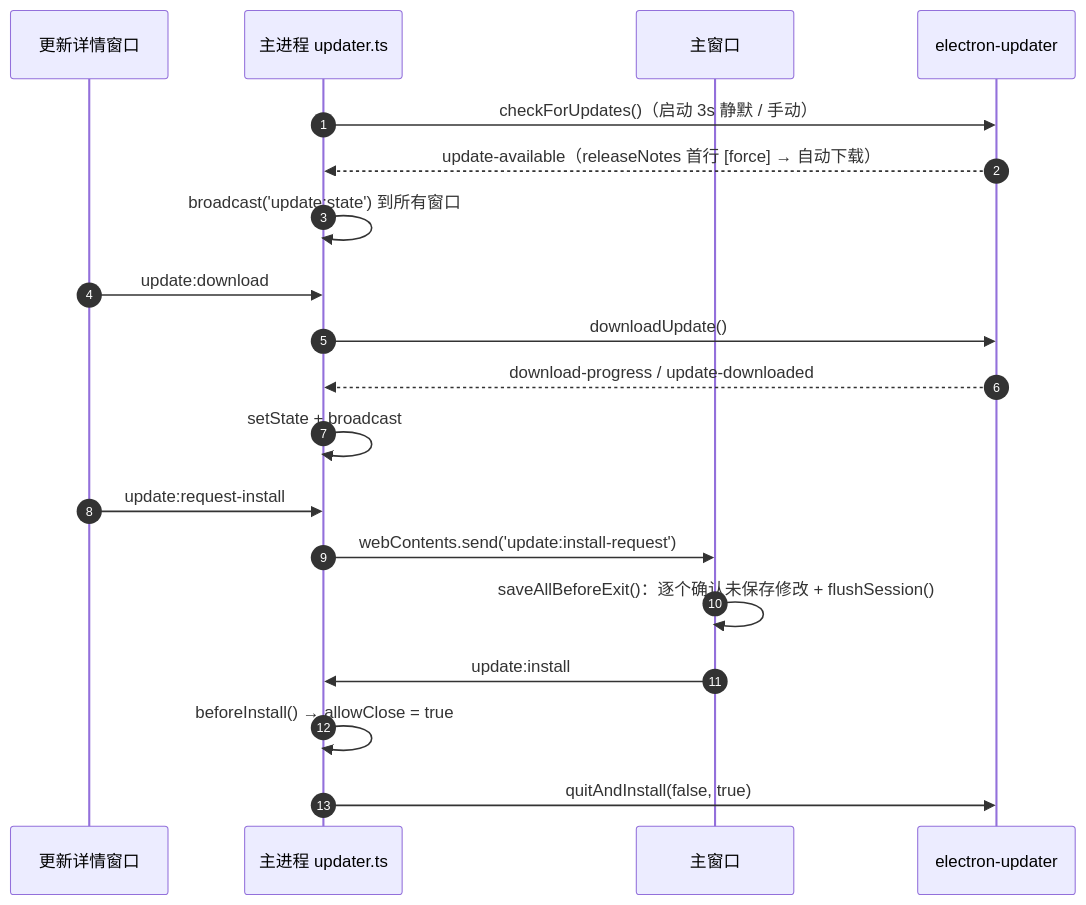
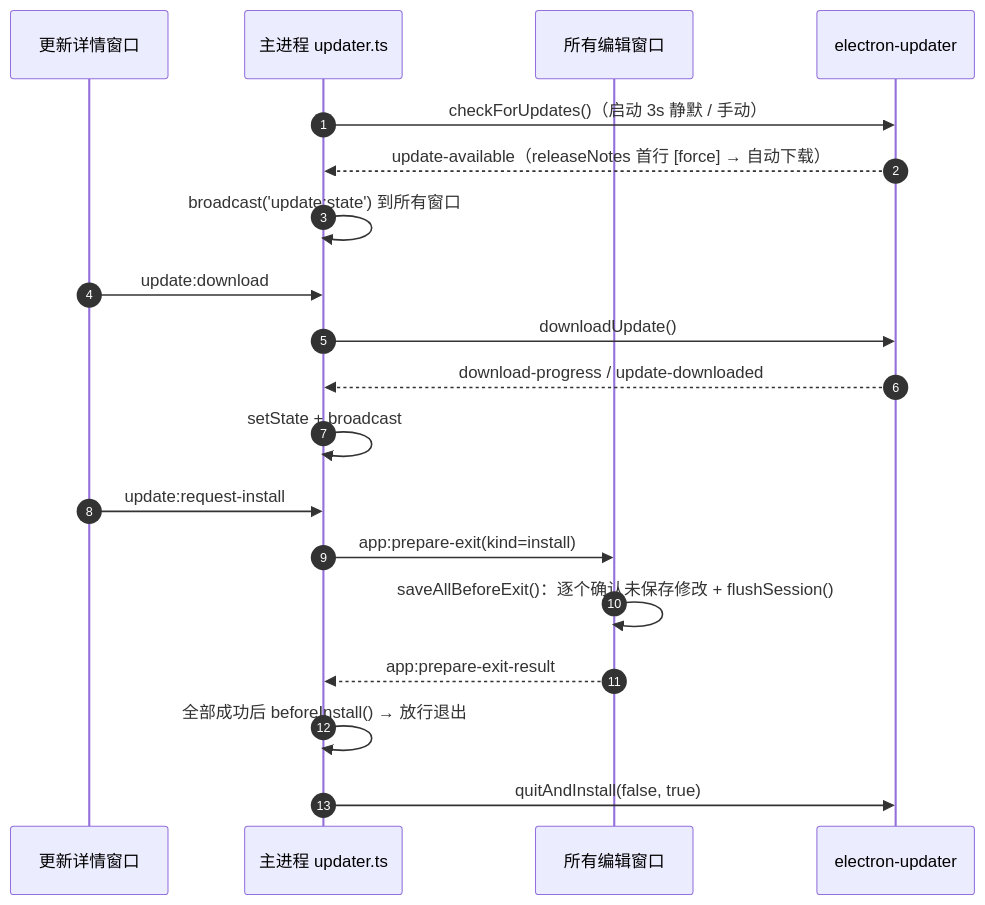
Before and after one commit to Harley-xk/mark-it: the fifth of 5 diagrams in docs/架构总览.md, drawn with Mermaid. The commit also changed other lines of this file and 47 other files, not shown here.

````diff
--- a/docs/架构总览.md
+++ b/docs/架构总览.md
@@ -409,22 +409,22 @@
 ```mermaid
 sequenceDiagram
   autonumber
   participant UW as 更新详情窗口
   participant M as 主进程 updater.ts
-  participant MW as 主窗口
+  participant EW as 所有编辑窗口
   participant UP as electron-updater
 
   M->>UP: checkForUpdates()（启动 3s 静默 / 手动）
   UP-->>M: update-available（releaseNotes 首行 [force] → 自动下载）
   M->>M: broadcast('update:state') 到所有窗口
   UW->>M: update:download
   M->>UP: downloadUpdate()
   UP-->>M: download-progress / update-downloaded
   M->>M: setState + broadcast
   UW->>M: update:request-install
-  M->>MW: webContents.send('update:install-request')
-  MW->>MW: saveAllBeforeExit()：逐个确认未保存修改 + flushSession()
-  MW->>M: update:install
-  M->>M: beforeInstall() → allowClose = true
+  M->>EW: app:prepare-exit(kind=install)
+  EW->>EW: saveAllBeforeExit()：逐个确认未保存修改 + flushSession()
+  EW-->>M: app:prepare-exit-result
+  M->>M: 全部成功后 beforeInstall() → 放行退出
   M->>UP: quitAndInstall(false, true)
 ```
````
